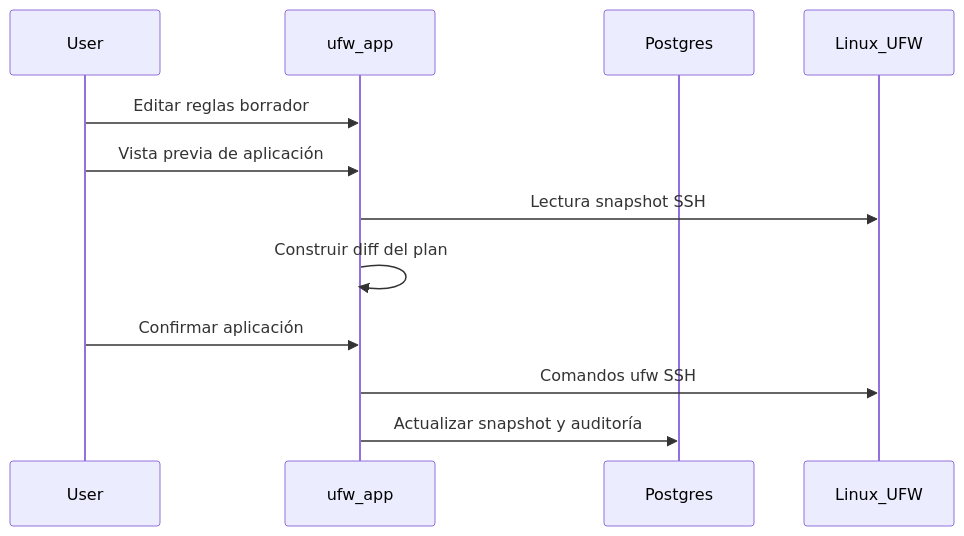
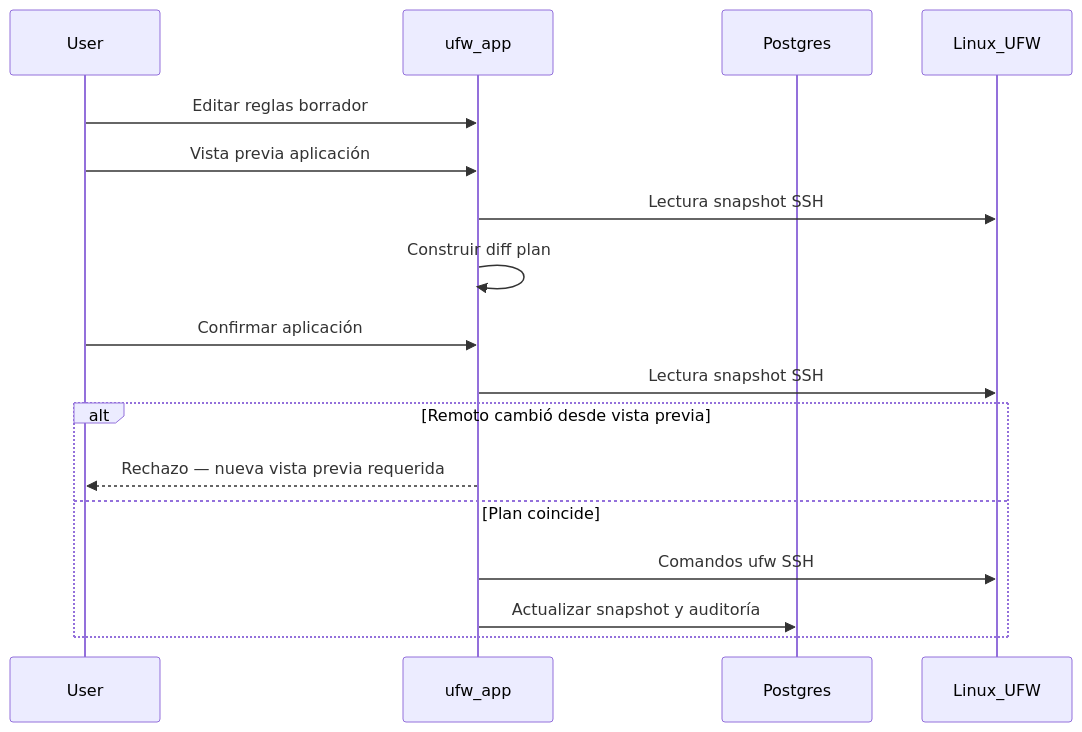
Before and after one commit to finenumbers/ufw: the diagram in docs/es/concepts/draft-apply-workflow.md, drawn with Mermaid. The commit also changed other lines of this file and 118 other files, not shown here.

````diff
--- a/docs/es/concepts/draft-apply-workflow.md
+++ b/docs/es/concepts/draft-apply-workflow.md
@@ -37,15 +37,20 @@
 ```mermaid
 sequenceDiagram
   participant User
   participant App as ufw_app
   participant DB as Postgres
   participant Remote as Linux_UFW
 
   User->>App: Editar reglas borrador
-  User->>App: Vista previa de aplicación
+  User->>App: Vista previa aplicación
   App->>Remote: Lectura snapshot SSH
-  App->>App: Construir diff del plan
+  App->>App: Construir diff plan
   User->>App: Confirmar aplicación
-  App->>Remote: Comandos ufw SSH
-  App->>DB: Actualizar snapshot y auditoría
+  App->>Remote: Lectura snapshot SSH
+  alt Remoto cambió desde vista previa
+    App-->>User: Rechazo — nueva vista previa requerida
+  else Plan coincide
+    App->>Remote: Comandos ufw SSH
+    App->>DB: Actualizar snapshot y auditoría
+  end
 ```
````
